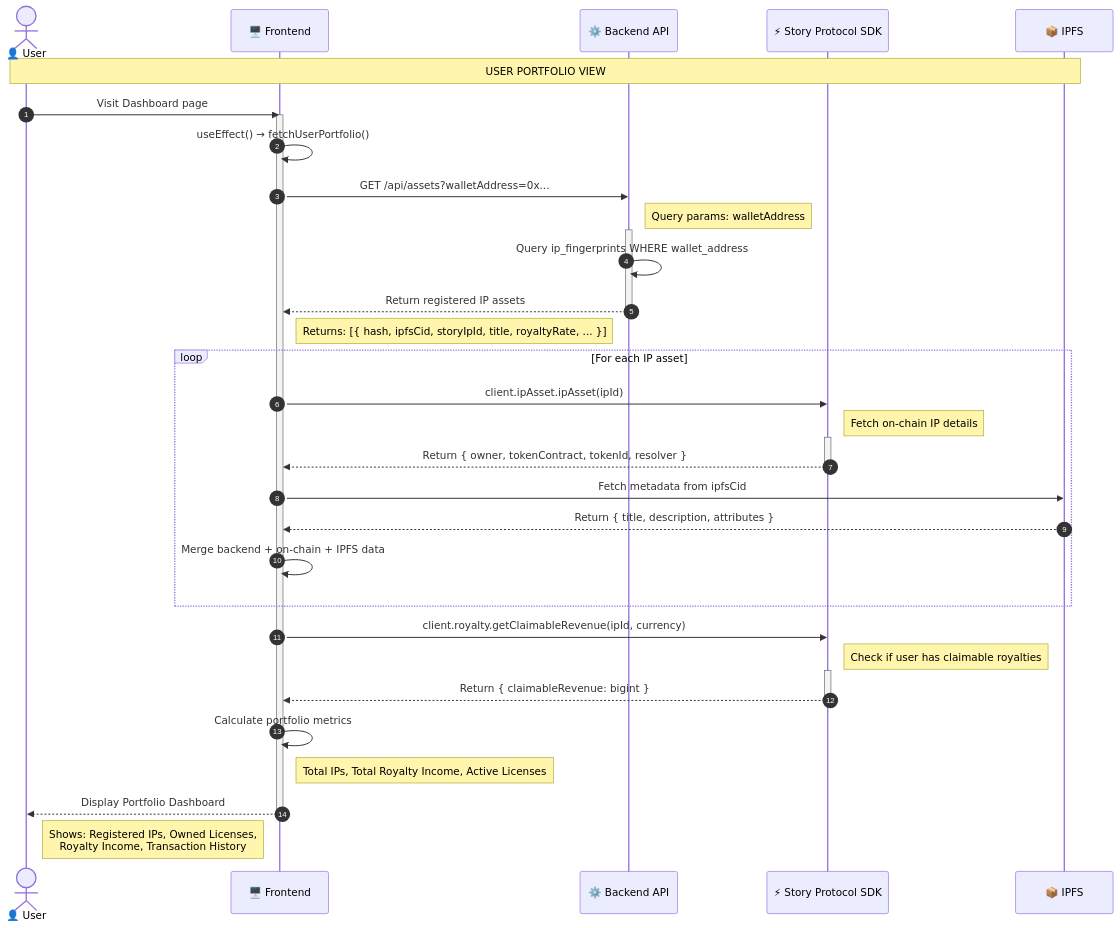
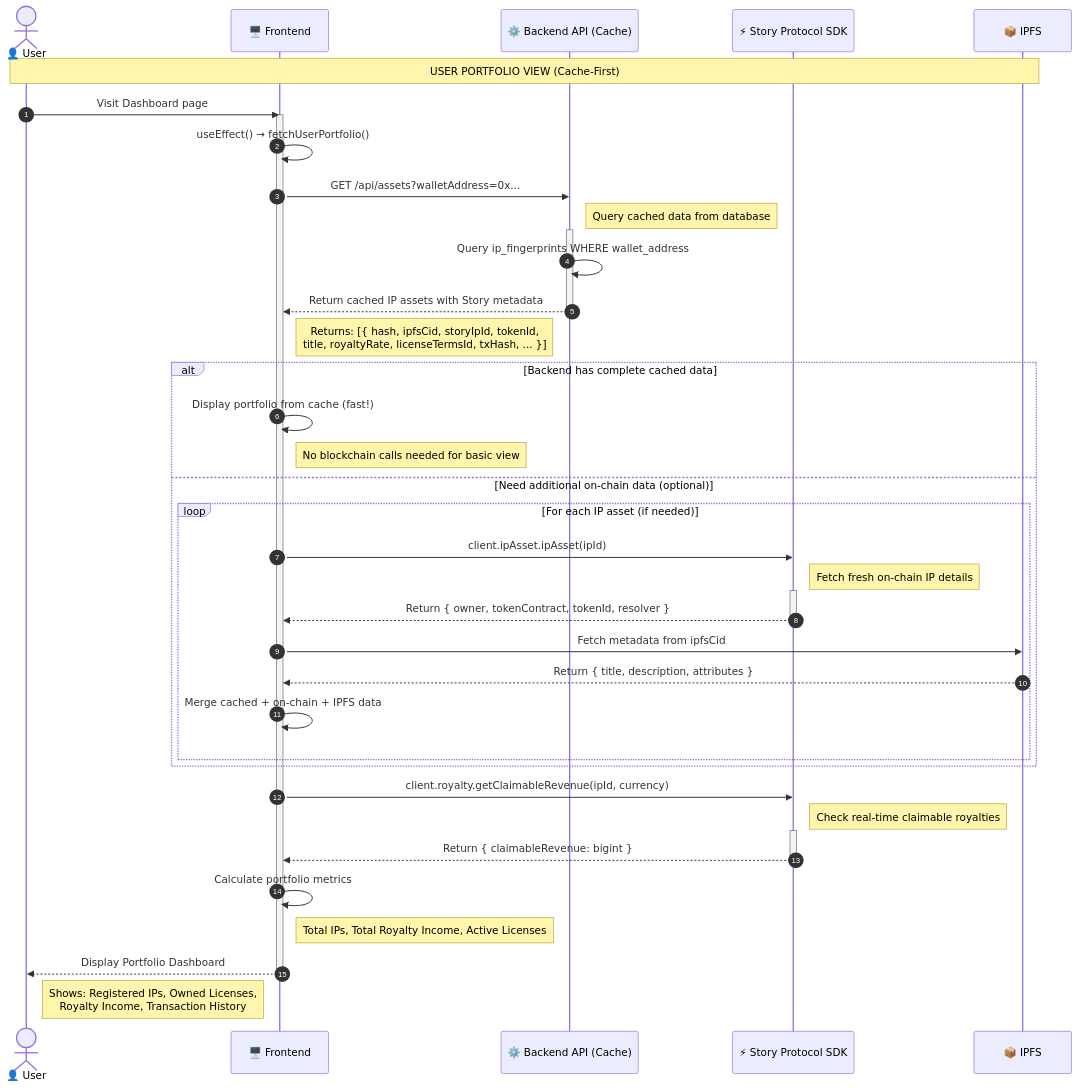
Before and after one commit to 18Abhinav07/Orion: the fifth of 11 diagrams in FLOW.md, drawn with Mermaid. The commit also changed other lines of this file, not shown here.

````diff
--- a/FLOW.md
+++ b/FLOW.md
@@ -723,53 +1026,58 @@
 ```mermaid
 sequenceDiagram
     autonumber
     actor User as 👤 User
     participant FE as 🖥️ Frontend
-    participant API as ⚙️ Backend API
+    participant API as ⚙️ Backend API (Cache)
     participant SP as ⚡ Story Protocol SDK
     participant IPFS as 📦 IPFS
 
-    Note over User, IPFS: USER PORTFOLIO VIEW
+    Note over User, IPFS: USER PORTFOLIO VIEW (Cache-First)
 
     User->>FE: Visit Dashboard page
     activate FE
 
     FE->>FE: useEffect() → fetchUserPortfolio()
 
     FE->>API: GET /api/assets?walletAddress=0x...
-    Note right of API: Query params: walletAddress
+    Note right of API: Query cached data from database
 
     activate API
     API->>API: Query ip_fingerprints WHERE wallet_address
-    API-->>FE: Return registered IP assets
+    API-->>FE: Return cached IP assets with Story metadata
     deactivate API
-    Note right of FE: Returns: [{ hash, ipfsCid, storyIpId, title, royaltyRate, ... }]
+    Note right of FE: Returns: [{ hash, ipfsCid, storyIpId, tokenId,<br/>title, royaltyRate, licenseTermsId, txHash, ... }]
 
-    loop For each IP asset
-        FE->>SP: client.ipAsset.ipAsset(ipId)
-        Note right of SP: Fetch on-chain IP details
+    alt Backend has complete cached data
+        FE->>FE: Display portfolio from cache (fast!)
+        Note right of FE: No blockchain calls needed for basic view
+    else Need additional on-chain data (optional)
+        loop For each IP asset (if needed)
+            FE->>SP: client.ipAsset.ipAsset(ipId)
+            Note right of SP: Fetch fresh on-chain IP details
 
-        activate SP
-        SP-->>FE: Return { owner, tokenContract, tokenId, resolver }
-        deactivate SP
+            activate SP
+            SP-->>FE: Return { owner, tokenContract, tokenId, resolver }
+            deactivate SP
 
-        FE->>IPFS: Fetch metadata from ipfsCid
-        IPFS-->>FE: Return { title, description, attributes }
+            FE->>IPFS: Fetch metadata from ipfsCid
+            IPFS-->>FE: Return { title, description, attributes }
 
-        FE->>FE: Merge backend + on-chain + IPFS data
+            FE->>FE: Merge cached + on-chain + IPFS data
+        end
     end
 
     FE->>SP: client.royalty.getClaimableRevenue(ipId, currency)
-    Note right of SP: Check if user has claimable royalties
+    Note right of SP: Check real-time claimable royalties
 
     activate SP
     SP-->>FE: Return { claimableRevenue: bigint }
     deactivate SP
 
     FE->>FE: Calculate portfolio metrics
     Note right of FE: Total IPs, Total Royalty Income, Active Licenses
 
     FE-->>User: Display Portfolio Dashboard
     deactivate FE
     Note right of User: Shows: Registered IPs, Owned Licenses,<br/>Royalty Income, Transaction History
 ```
````
